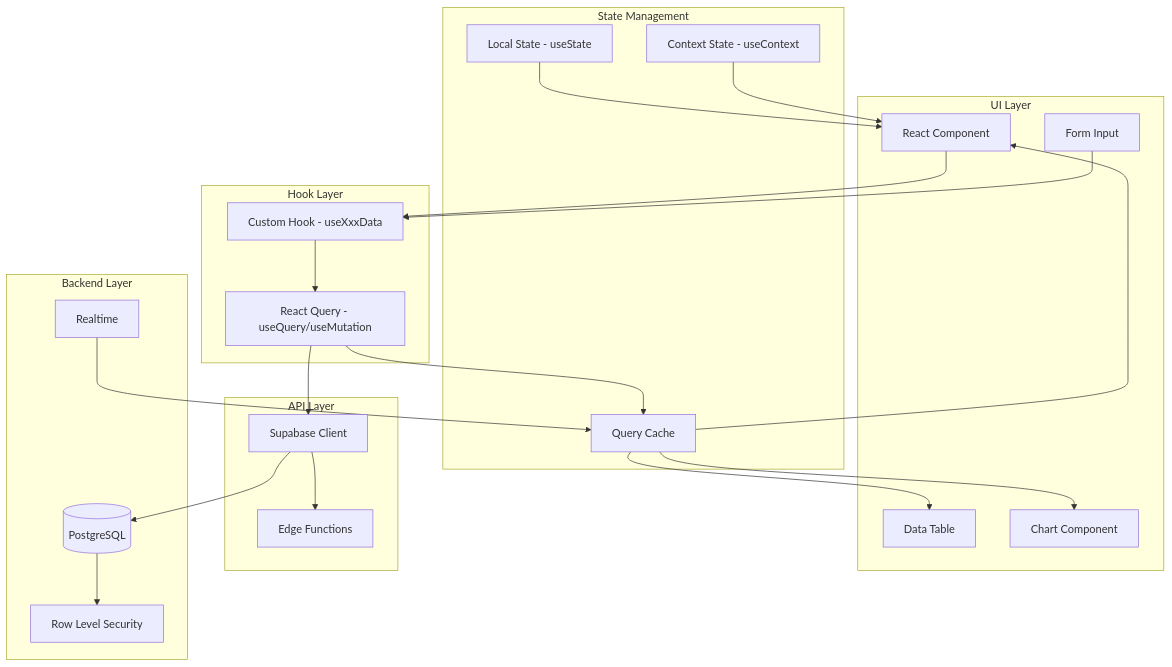
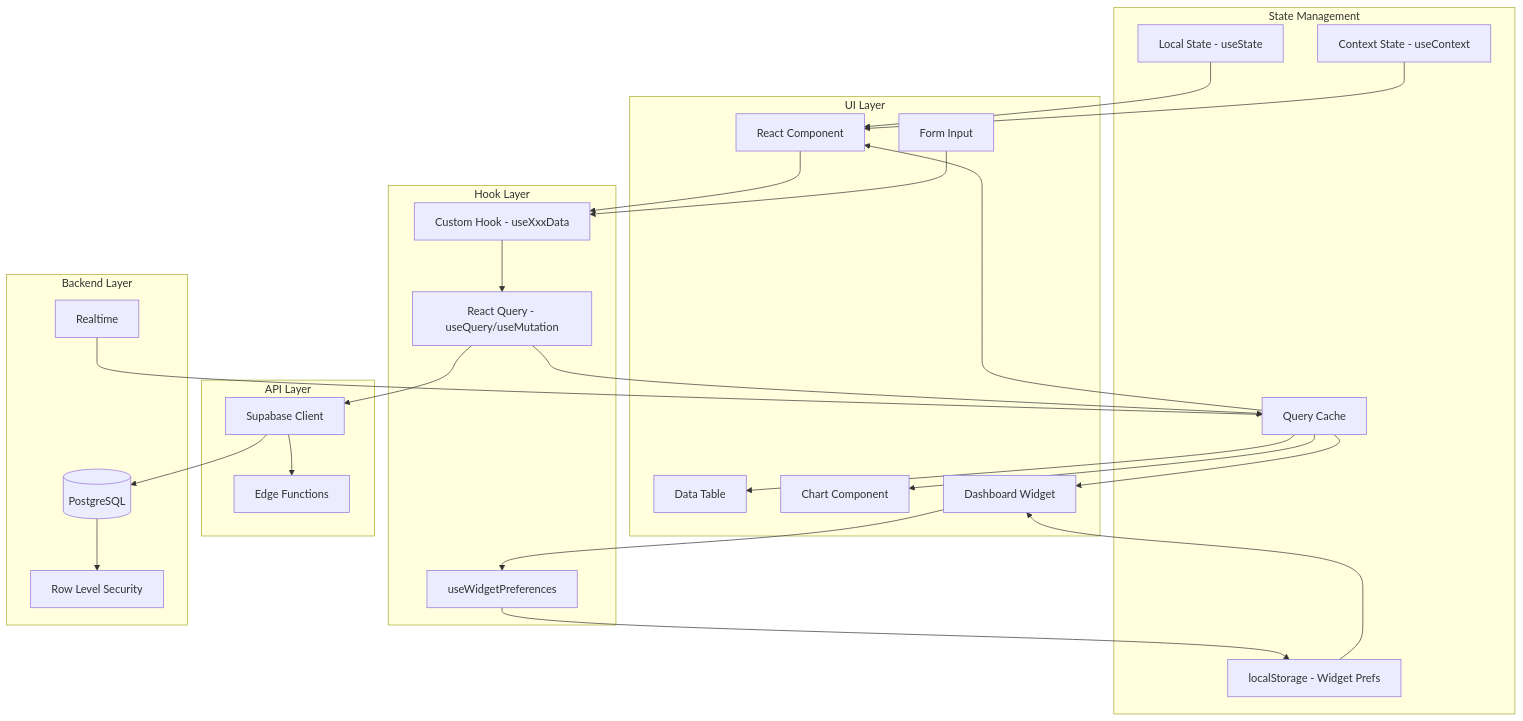
One commit to sudipjangam/tasty-bite-harbor changed the fourth of 26 diagrams in docs/ARCHITECTURE_DEV.md. Above: the diagram before and after it, drawn with Mermaid. The commit also changed other lines of this file and 6 other files, not shown here.

Commit message:
feat: Add comprehensive platform user guide, architecture documentation, and an About section component, alongside dependency updates.

````diff
--- a/docs/ARCHITECTURE_DEV.md
+++ b/docs/ARCHITECTURE_DEV.md
@@ -252,50 +334,57 @@
 ```mermaid
 flowchart TB
     subgraph UI["UI Layer"]
         Component[React Component]
         Form[Form Input]
         Table[Data Table]
         Chart[Chart Component]
+        Widget[Dashboard Widget]
     end
     
     subgraph HookLayer["Hook Layer"]
-        CustomHook[Custom Hook - useXxxData]
-        ReactQuery[React Query - useQuery/useMutation]
+        CustomHook["Custom Hook - useXxxData"]
+        ReactQuery["React Query - useQuery/useMutation"]
+        WidgetHook["useWidgetPreferences"]
     end
     
     subgraph StateLayer["State Management"]
         QueryCache[Query Cache]
-        LocalState[Local State - useState]
-        Context[Context State - useContext]
+        LocalState["Local State - useState"]
+        Context["Context State - useContext"]
+        LocalStorage["localStorage - Widget Prefs"]
     end
     
     subgraph APILayer["API Layer"]
         SupaClient[Supabase Client]
         EdgeFn[Edge Functions]
     end
     
     subgraph Backend["Backend Layer"]
         DB[(PostgreSQL)]
         RLS[Row Level Security]
         Realtime[Realtime]
     end
     
     Component --> CustomHook
     Form --> CustomHook
+    Widget --> WidgetHook
     
     CustomHook --> ReactQuery
     ReactQuery --> QueryCache
     ReactQuery --> SupaClient
+    WidgetHook --> LocalStorage
     
     SupaClient --> DB
     SupaClient --> EdgeFn
     DB --> RLS
     
     Realtime --> QueryCache
     QueryCache --> Component
     QueryCache --> Table
     QueryCache --> Chart
+    QueryCache --> Widget
     
     LocalState --> Component
     Context --> Component
+    LocalStorage --> Widget
 ```
````
